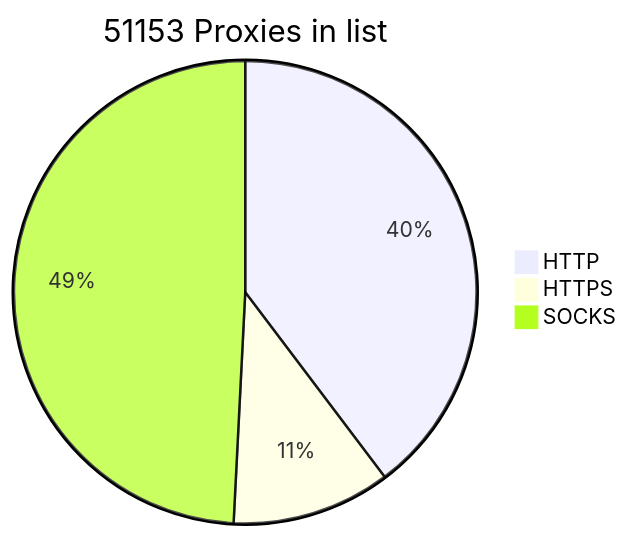
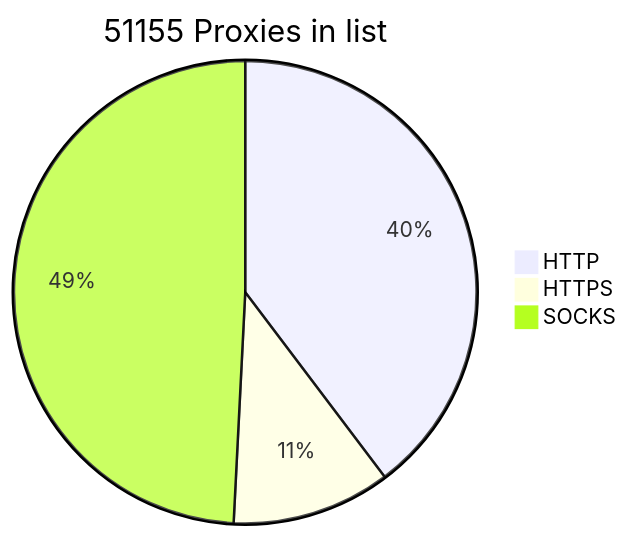
One commit to BlackSnowDot/proxylist-update-every-minute changed the diagram in README.md. Above: the diagram before and after it, drawn with Mermaid.

````diff
--- a/README.md
+++ b/README.md
@@ -2,6 +2,6 @@
 ```mermaid
-pie title 51153 Proxies in list
+pie title 51155 Proxies in list
     "HTTP" : 22535
     "HTTPS": 6297
-    "SOCKS" : 27921
+    "SOCKS" : 27923
 ```
````
